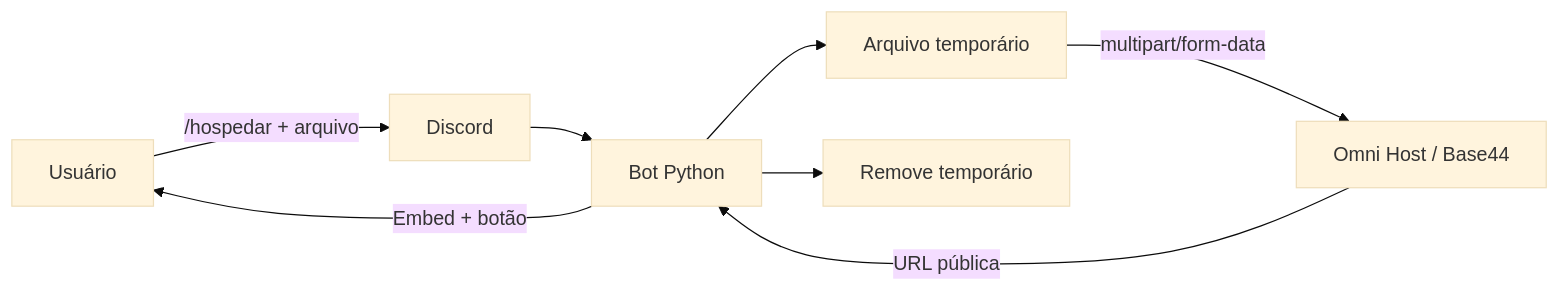
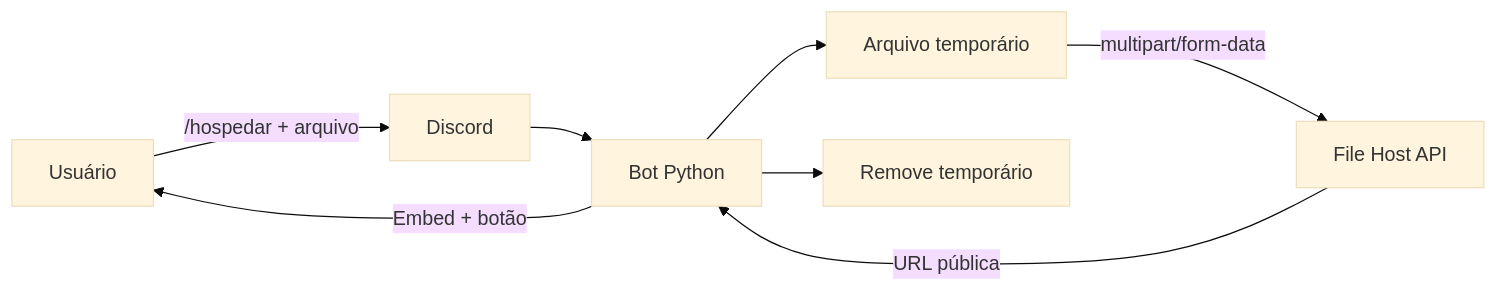
Before and after one commit to knox-devx/bot-discord-file-host: the diagram in README.md, drawn with Mermaid (base theme). The commit also changed other lines of this file, not shown here.

Commit message:
docs: atualiza README para novo site File Host

````diff
--- a/README.md
+++ b/README.md
@@ -167,10 +185,10 @@
 ```mermaid
 flowchart LR
     A[Usuário] -->|/hospedar + arquivo| B[Discord]
     B --> C[Bot Python]
     C --> D[Arquivo temporário]
-    D -->|multipart/form-data| E[Omni Host / Base44]
+    D -->|multipart/form-data| E[File Host API]
     E -->|URL pública| C
     C -->|Embed + botão| A
     C --> F[Remove temporário]
 ```
````
